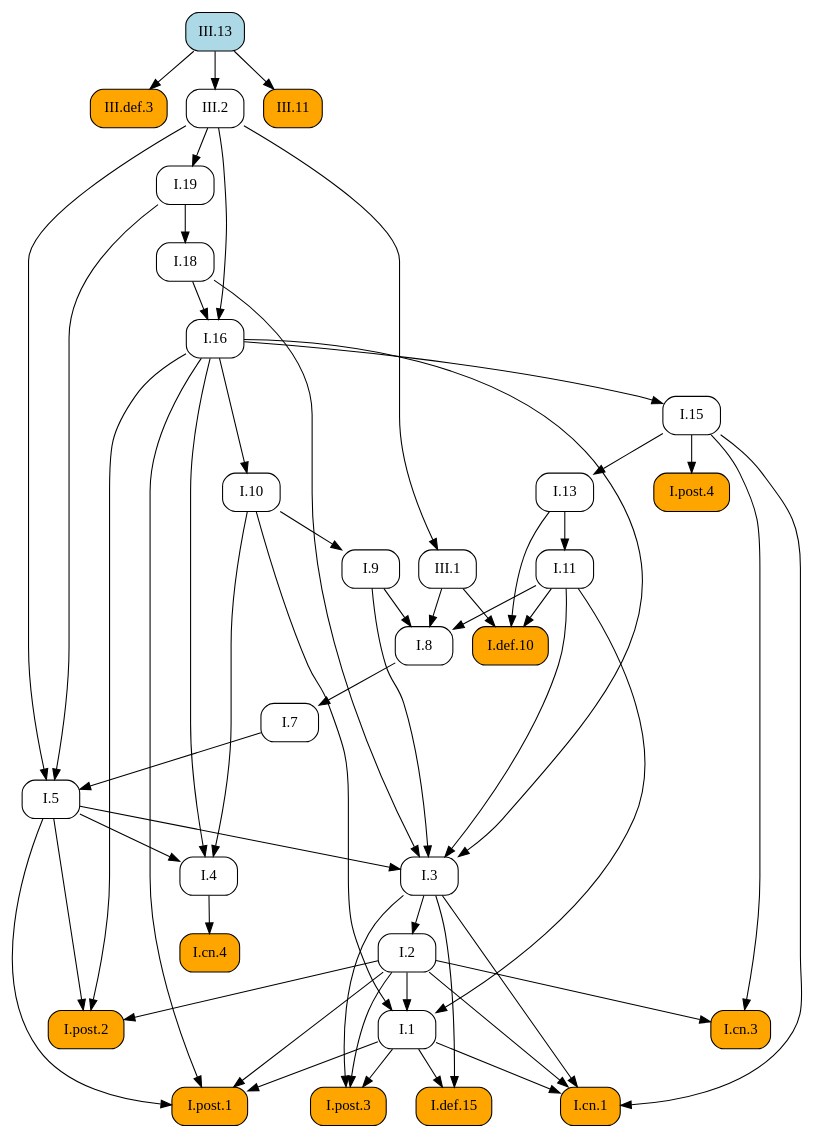
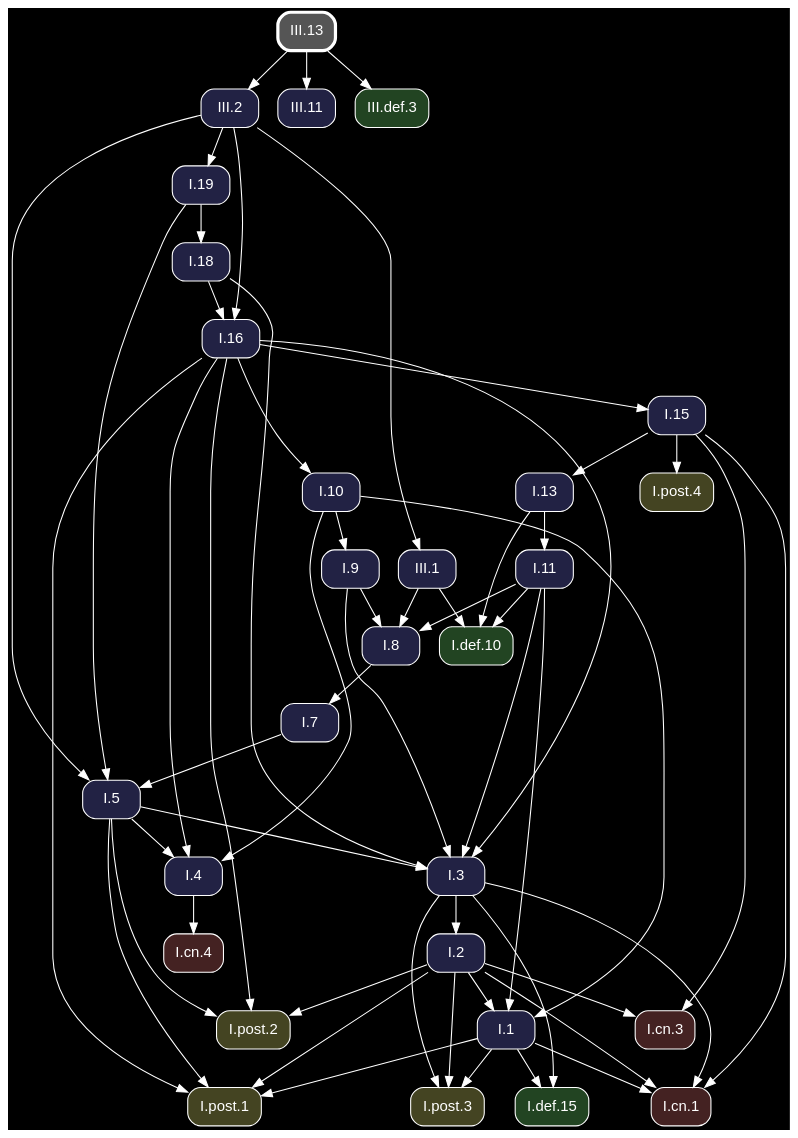
Before and after one commit to geometor/elements: the diagram in docsrc/heath/III/13/index.rst, drawn with Graphviz. The commit also changed other lines of this file and 1200 other files, not shown here.

Commit message:
update dependency graphs

```diff
--- a/docsrc/heath/III/13/index.rst
+++ b/docsrc/heath/III/13/index.rst
@@ -83,90 +83,92 @@
 .. graphviz::
 
    digraph {
+     bgcolor="black";
+     node [shape=box, style="rounded,filled", fontname="Helvetica", color="white", fontcolor="white"];
+     edge [color="white", fontcolor="white"];
      rankdir="TB";
-     node [shape=box, style=rounded];
-     "I.9" [URL="/heath/I/9/", target="_top"];
-     "I.cn.1" [style="rounded,filled", fillcolor=orange, URL="/heath/I/cn.1/", target="_top"];
-     "I.7" [URL="/heath/I/7/", target="_top"];
-     "III.def.3" [style="rounded,filled", fillcolor=orange, URL="/heath/III/def.3/", target="_top"];
-     "I.2" [URL="/heath/I/2/", target="_top"];
-     "I.def.15" [style="rounded,filled", fillcolor=orange, URL="/heath/I/def.15/", target="_top"];
-     "III.2" [URL="/heath/III/2/", target="_top"];
-     "I.13" [URL="/heath/I/13/", target="_top"];
-     "I.post.4" [style="rounded,filled", fillcolor=orange, URL="/heath/I/post.4/", target="_top"];
-     "I.4" [URL="/heath/I/4/", target="_top"];
-     "I.1" [URL="/heath/I/1/", target="_top"];
-     "I.post.3" [style="rounded,filled", fillcolor=orange, URL="/heath/I/post.3/", target="_top"];
-     "III.1" [URL="/heath/III/1/", target="_top"];
-     "I.post.1" [style="rounded,filled", fillcolor=orange, URL="/heath/I/post.1/", target="_top"];
-     "I.19" [URL="/heath/I/19/", target="_top"];
-     "I.5" [URL="/heath/I/5/", target="_top"];
-     "I.8" [URL="/heath/I/8/", target="_top"];
-     "I.cn.3" [style="rounded,filled", fillcolor=orange, URL="/heath/I/cn.3/", target="_top"];
-     "I.16" [URL="/heath/I/16/", target="_top"];
-     "I.def.10" [style="rounded,filled", fillcolor=orange, URL="/heath/I/def.10/", target="_top"];
-     "I.18" [URL="/heath/I/18/", target="_top"];
-     "I.15" [URL="/heath/I/15/", target="_top"];
-     "I.10" [URL="/heath/I/10/", target="_top"];
-     "I.11" [URL="/heath/I/11/", target="_top"];
-     "III.11" [style="rounded,filled", fillcolor=orange, URL="/heath/III/11/", target="_top"];
-     "I.cn.4" [style="rounded,filled", fillcolor=orange, URL="/heath/I/cn.4/", target="_top"];
-     "I.post.2" [style="rounded,filled", fillcolor=orange, URL="/heath/I/post.2/", target="_top"];
-     "III.13" [style="rounded,filled", fillcolor=lightblue, URL="/heath/III/13/", target="_top"];
-     "I.3" [URL="/heath/I/3/", target="_top"];
-     "I.10" -> "I.9";
-     "I.1" -> "I.cn.1";
-     "I.2" -> "I.cn.1";
-     "I.3" -> "I.cn.1";
-     "I.15" -> "I.cn.1";
-     "I.8" -> "I.7";
-     "III.13" -> "III.def.3";
-     "I.3" -> "I.2";
-     "I.1" -> "I.def.15";
-     "I.3" -> "I.def.15";
-     "III.13" -> "III.2";
-     "I.15" -> "I.13";
-     "I.15" -> "I.post.4";
-     "I.5" -> "I.4";
-     "I.10" -> "I.4";
-     "I.16" -> "I.4";
-     "I.2" -> "I.1";
-     "I.10" -> "I.1";
-     "I.11" -> "I.1";
-     "I.1" -> "I.post.3";
-     "I.2" -> "I.post.3";
-     "I.3" -> "I.post.3";
-     "III.2" -> "III.1";
-     "I.1" -> "I.post.1";
-     "I.2" -> "I.post.1";
-     "I.5" -> "I.post.1";
-     "I.16" -> "I.post.1";
-     "III.2" -> "I.19";
-     "I.7" -> "I.5";
-     "I.19" -> "I.5";
-     "III.2" -> "I.5";
-     "I.9" -> "I.8";
-     "I.11" -> "I.8";
-     "III.1" -> "I.8";
-     "I.2" -> "I.cn.3";
-     "I.15" -> "I.cn.3";
-     "I.18" -> "I.16";
-     "III.2" -> "I.16";
-     "I.11" -> "I.def.10";
-     "I.13" -> "I.def.10";
-     "III.1" -> "I.def.10";
-     "I.19" -> "I.18";
-     "I.16" -> "I.15";
-     "I.16" -> "I.10";
-     "I.13" -> "I.11";
-     "III.13" -> "III.11";
-     "I.4" -> "I.cn.4";
-     "I.2" -> "I.post.2";
-     "I.5" -> "I.post.2";
-     "I.16" -> "I.post.2";
+     "III.13" [penwidth=3, color="white", fillcolor="#555555", URL="/heath/III/13/", target="_top"];
+     "I.3" [fillcolor="#222244", URL="/heath/I/3/", target="_top"];
+     "I.post.1" [fillcolor="#444422", URL="/heath/I/post.1/", target="_top"];
+     "III.2" [fillcolor="#222244", URL="/heath/III/2/", target="_top"];
+     "I.19" [fillcolor="#222244", URL="/heath/I/19/", target="_top"];
+     "I.def.10" [fillcolor="#224422", URL="/heath/I/def.10/", target="_top"];
+     "I.15" [fillcolor="#222244", URL="/heath/I/15/", target="_top"];
+     "I.cn.1" [fillcolor="#442222", URL="/heath/I/cn.1/", target="_top"];
+     "III.11" [fillcolor="#222244", URL="/heath/III/11/", target="_top"];
+     "I.11" [fillcolor="#222244", URL="/heath/I/11/", target="_top"];
+     "I.16" [fillcolor="#222244", URL="/heath/I/16/", target="_top"];
+     "I.cn.3" [fillcolor="#442222", URL="/heath/I/cn.3/", target="_top"];
+     "I.13" [fillcolor="#222244", URL="/heath/I/13/", target="_top"];
+     "I.2" [fillcolor="#222244", URL="/heath/I/2/", target="_top"];
+     "I.post.2" [fillcolor="#444422", URL="/heath/I/post.2/", target="_top"];
+     "III.1" [fillcolor="#222244", URL="/heath/III/1/", target="_top"];
+     "I.cn.4" [fillcolor="#442222", URL="/heath/I/cn.4/", target="_top"];
+     "I.9" [fillcolor="#222244", URL="/heath/I/9/", target="_top"];
+     "I.1" [fillcolor="#222244", URL="/heath/I/1/", target="_top"];
+     "I.post.4" [fillcolor="#444422", URL="/heath/I/post.4/", target="_top"];
+     "I.8" [fillcolor="#222244", URL="/heath/I/8/", target="_top"];
+     "III.def.3" [fillcolor="#224422", URL="/heath/III/def.3/", target="_top"];
+     "I.4" [fillcolor="#222244", URL="/heath/I/4/", target="_top"];
+     "I.post.3" [fillcolor="#444422", URL="/heath/I/post.3/", target="_top"];
+     "I.18" [fillcolor="#222244", URL="/heath/I/18/", target="_top"];
+     "I.7" [fillcolor="#222244", URL="/heath/I/7/", target="_top"];
+     "I.def.15" [fillcolor="#224422", URL="/heath/I/def.15/", target="_top"];
+     "I.5" [fillcolor="#222244", URL="/heath/I/5/", target="_top"];
+     "I.10" [fillcolor="#222244", URL="/heath/I/10/", target="_top"];
      "I.5" -> "I.3";
      "I.9" -> "I.3";
      "I.11" -> "I.3";
      "I.16" -> "I.3";
      "I.18" -> "I.3";
+     "I.1" -> "I.post.1";
+     "I.2" -> "I.post.1";
+     "I.5" -> "I.post.1";
+     "I.16" -> "I.post.1";
+     "III.13" -> "III.2";
+     "III.2" -> "I.19";
+     "I.11" -> "I.def.10";
+     "I.13" -> "I.def.10";
+     "III.1" -> "I.def.10";
+     "I.16" -> "I.15";
+     "I.1" -> "I.cn.1";
+     "I.2" -> "I.cn.1";
+     "I.3" -> "I.cn.1";
+     "I.15" -> "I.cn.1";
+     "III.13" -> "III.11";
+     "I.13" -> "I.11";
+     "I.18" -> "I.16";
+     "III.2" -> "I.16";
+     "I.2" -> "I.cn.3";
+     "I.15" -> "I.cn.3";
+     "I.15" -> "I.13";
+     "I.3" -> "I.2";
+     "I.2" -> "I.post.2";
+     "I.5" -> "I.post.2";
+     "I.16" -> "I.post.2";
+     "III.2" -> "III.1";
+     "I.4" -> "I.cn.4";
+     "I.10" -> "I.9";
+     "I.2" -> "I.1";
+     "I.10" -> "I.1";
+     "I.11" -> "I.1";
+     "I.15" -> "I.post.4";
+     "I.9" -> "I.8";
+     "I.11" -> "I.8";
+     "III.1" -> "I.8";
+     "III.13" -> "III.def.3";
+     "I.5" -> "I.4";
+     "I.10" -> "I.4";
+     "I.16" -> "I.4";
+     "I.1" -> "I.post.3";
+     "I.2" -> "I.post.3";
+     "I.3" -> "I.post.3";
+     "I.19" -> "I.18";
+     "I.8" -> "I.7";
+     "I.1" -> "I.def.15";
+     "I.3" -> "I.def.15";
+     "I.7" -> "I.5";
+     "I.19" -> "I.5";
+     "III.2" -> "I.5";
+     "I.16" -> "I.10";
    }
```
